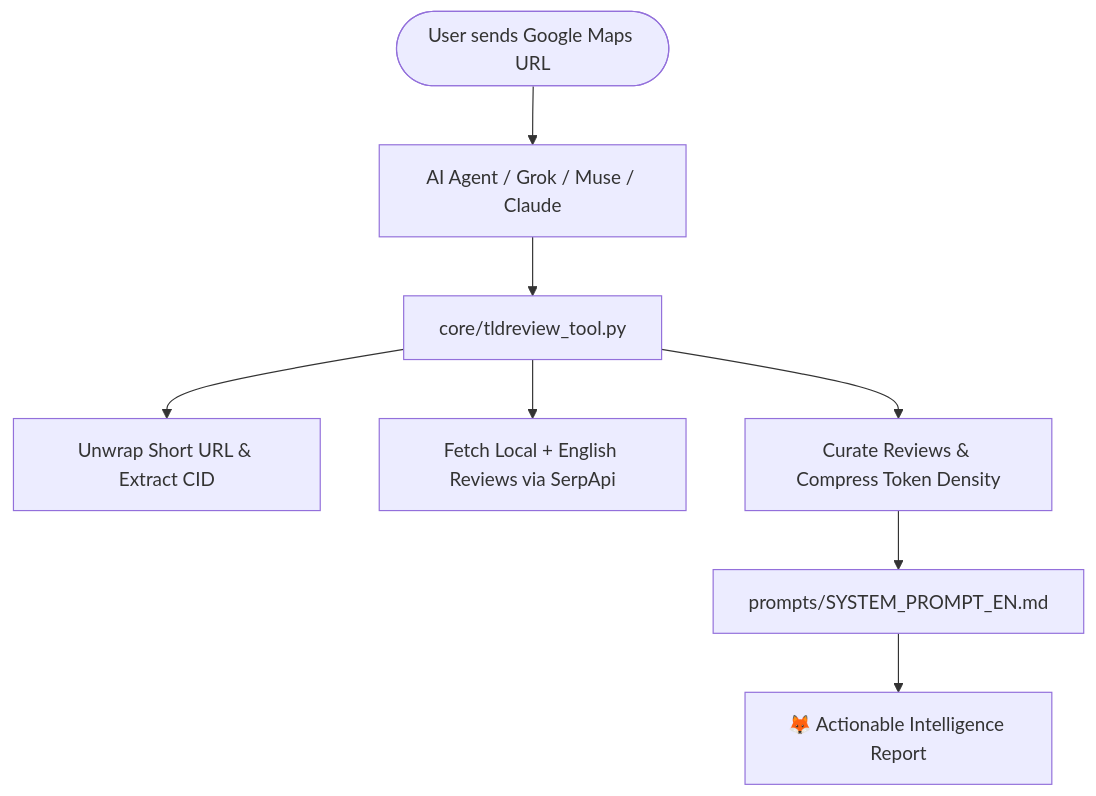
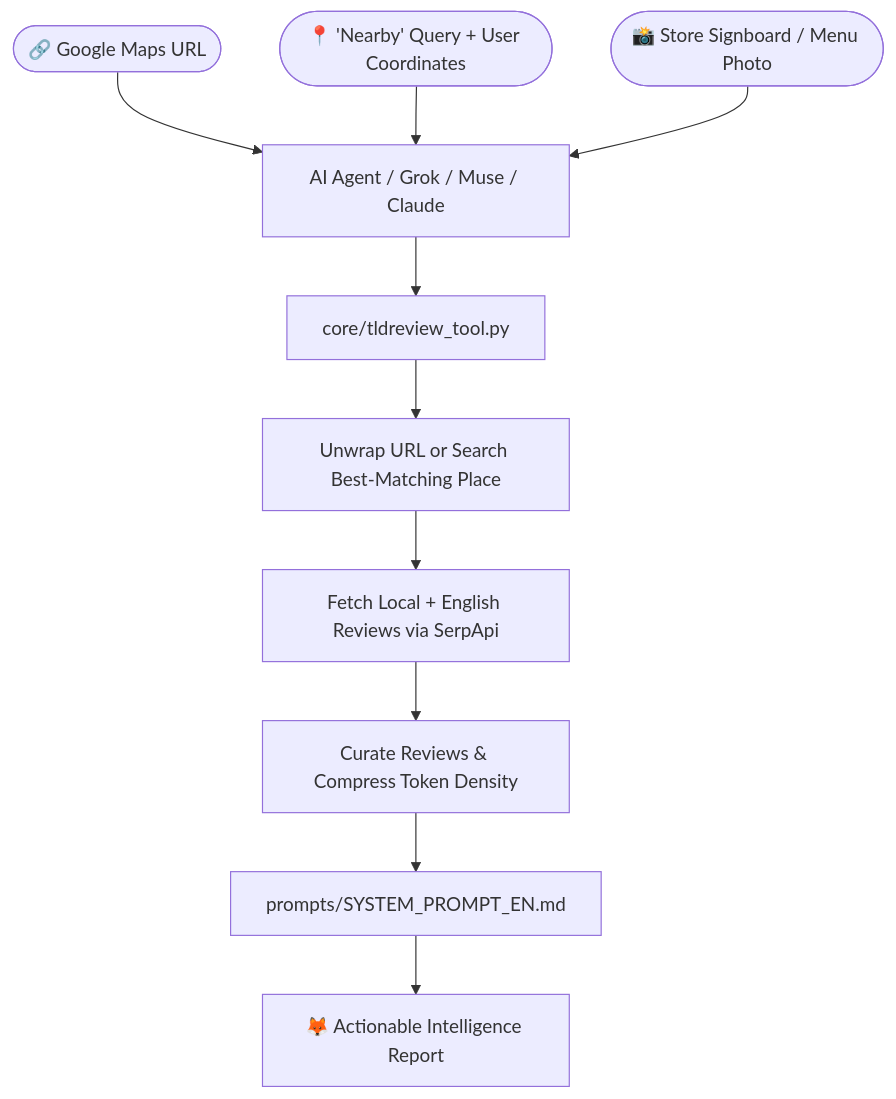
Before and after one commit to dryden/TLDReview: the diagram in README.md, drawn with Mermaid. The commit also changed other lines of this file and 17 other files, not shown here.

Commit message:
feat(v1.1.0): add nearby coordinate search, signboard/menu photo lookup, and sponsor link

````diff
--- a/README.md
+++ b/README.md
@@ -94,10 +111,12 @@
 ```mermaid
 graph TD
-    User([User sends Google Maps URL]) --> Agent[AI Agent / Grok / Muse / Claude]
+    U1([🔗 Google Maps URL]) --> Agent[AI Agent / Grok / Muse / Claude]
+    U2([📍 'Nearby' Query + User Coordinates]) --> Agent
+    U3([📸 Store Signboard / Menu Photo]) --> Agent
     Agent --> Core[core/tldreview_tool.py]
-    Core --> ShortURL[Unwrap Short URL & Extract CID]
-    Core --> SerpApi[Fetch Local + English Reviews via SerpApi]
-    Core --> Filter[Curate Reviews & Compress Token Density]
+    Core --> Resolve[Unwrap URL or Search Best-Matching Place]
+    Resolve --> SerpApi[Fetch Local + English Reviews via SerpApi]
+    SerpApi --> Filter[Curate Reviews & Compress Token Density]
     Filter --> Prompt[prompts/SYSTEM_PROMPT_EN.md]
     Prompt --> Output[🦊 Actionable Intelligence Report]
 ```
````
